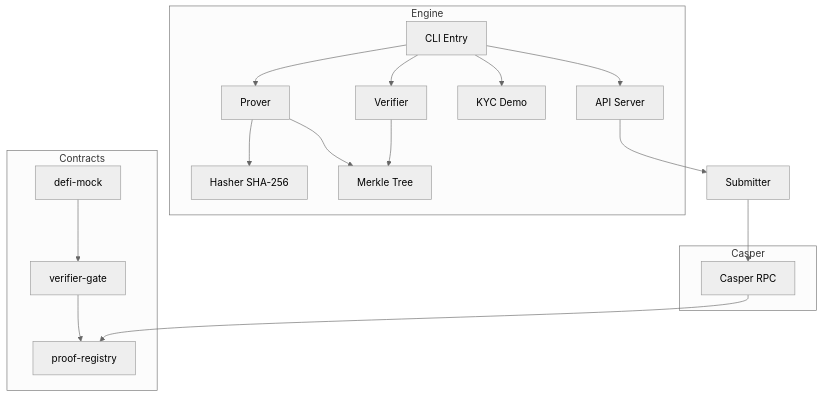
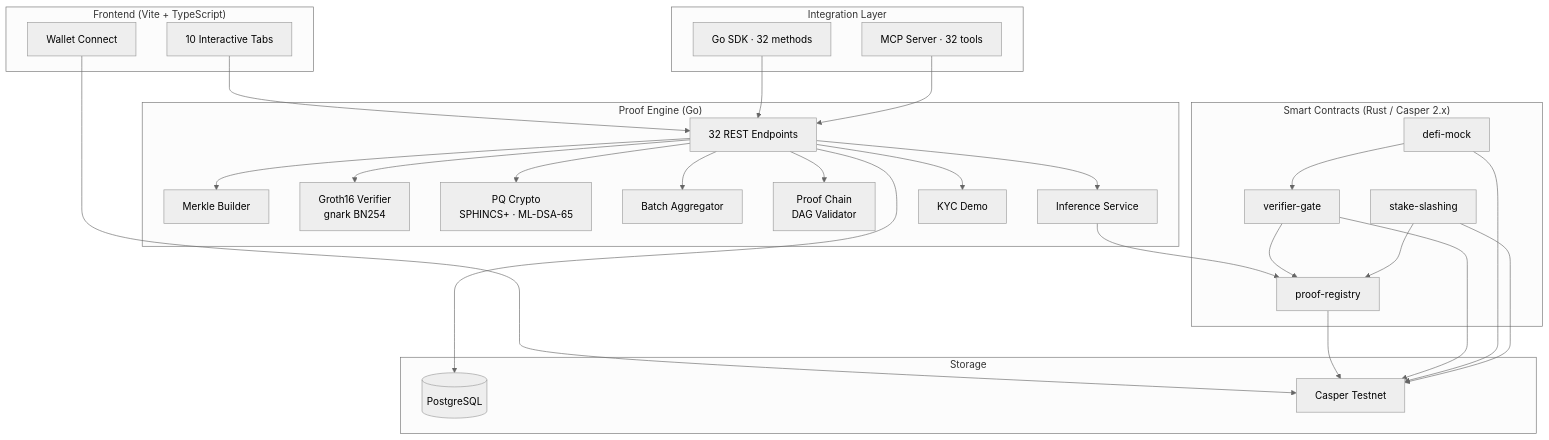
One commit to anna-stolbovskaja/CasperProver changed the first of 5 diagrams in docs/ARCHITECTURE.md. Above: the diagram before and after it, drawn with Mermaid (neutral theme). The commit also changed other lines of this file and 19 other files, not shown here.

````diff
--- a/docs/ARCHITECTURE.md
+++ b/docs/ARCHITECTURE.md
@@ -5,28 +5,47 @@
 ```mermaid
 graph TB
-    subgraph Engine
-        CLI[CLI Entry] --> PR[Prover]
-        CLI --> VR[Verifier]
-        CLI --> KYC[KYC Demo]
-        CLI --> API[API Server]
-        PR --> H[Hasher SHA-256]
-        PR --> MT[Merkle Tree]
-        VR --> MT
+    subgraph "Frontend (Vite + TypeScript)"
+        UI[10 Interactive Tabs]
+        WC[Wallet Connect]
     end
 
-    subgraph Contracts
-        REG[proof-registry]
+    subgraph "Proof Engine (Go)"
+        API[32 REST Endpoints]
+        MK[Merkle Builder]
+        ZK[Groth16 Verifier<br/>gnark BN254]
+        PQ[PQ Crypto<br/>SPHINCS+ · ML-DSA-65]
+        AG[Batch Aggregator]
+        PC[Proof Chain<br/>DAG Validator]
+        INF[Inference Service]
+        KYC[KYC Demo]
+    end
+
+    subgraph "Smart Contracts (Rust / Casper 2.x)"
+        PR[proof-registry]
         VG[verifier-gate]
         DM[defi-mock]
-        VG --> REG
-        DM --> VG
+        SS[stake-slashing]
     end
 
-    subgraph Casper
-        RPC[Casper RPC]
+    subgraph "Integration Layer"
+        SDK[Go SDK · 32 methods]
+        MCP[MCP Server · 32 tools]
     end
 
-    API --> SUB[Submitter]
-    SUB --> RPC
-    RPC --> REG
+    subgraph "Storage"
+        PG[(PostgreSQL)]
+        CS[Casper Testnet]
+    end
+
+    UI --> API
+    WC --> CS
+    API --> MK & ZK & PQ & AG & PC & INF & KYC
+    INF --> PR
+    VG --> PR
+    DM --> VG
+    SS --> PR
+    API --> PG
+    SDK --> API
+    MCP --> API
+    PR & VG & DM & SS --> CS
 ```
````
